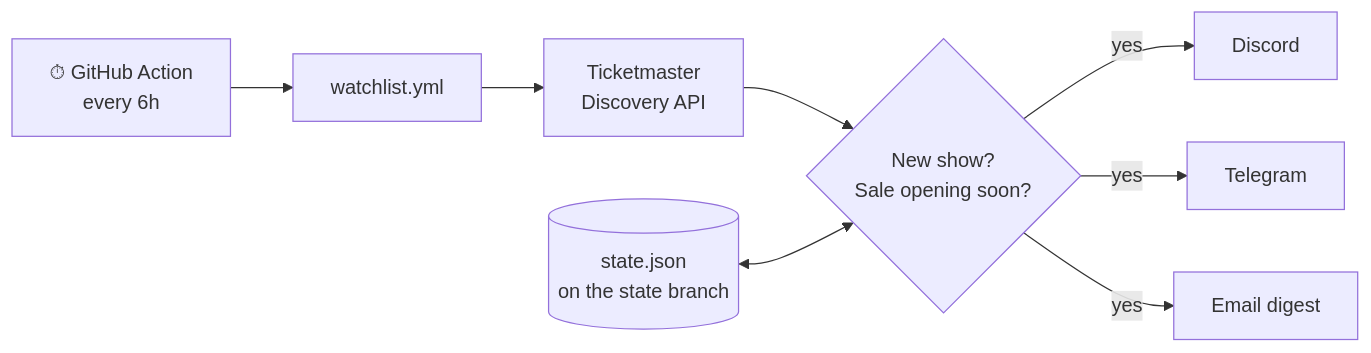
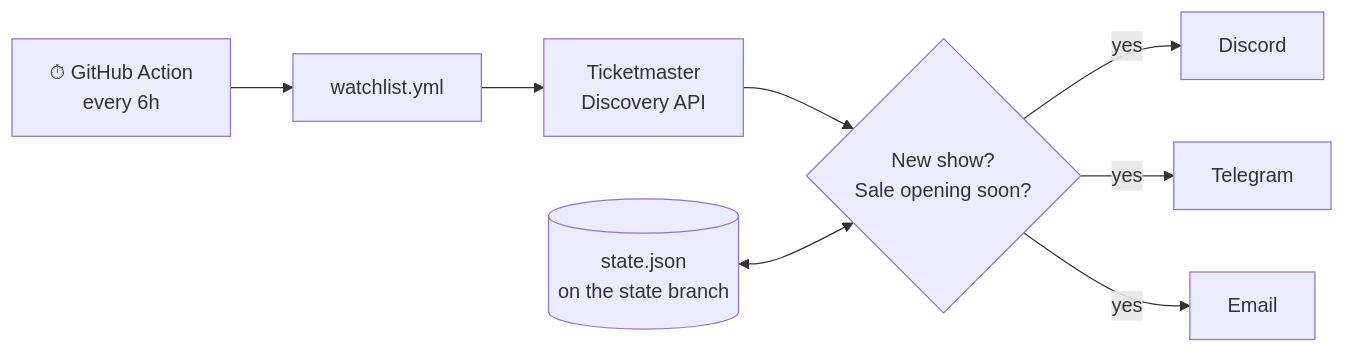
Before and after one commit to SmitHunter/gig-radar: the diagram in README.md, drawn with Mermaid. The commit also changed other lines of this file, not shown here.

````diff
--- a/README.md
+++ b/README.md
@@ -68,10 +120,10 @@
 ```mermaid
 flowchart LR
     A[⏱ GitHub Action<br/>every 6h] --> B[watchlist.yml]
     B --> C[Ticketmaster<br/>Discovery API]
     C --> D{New show?<br/>Sale opening soon?}
     S[(state.json<br/>on the state branch)] <--> D
     D -->|yes| E[Discord]
     D -->|yes| F[Telegram]
-    D -->|yes| G[Email digest]
+    D -->|yes| G[Email]
 ```
````
